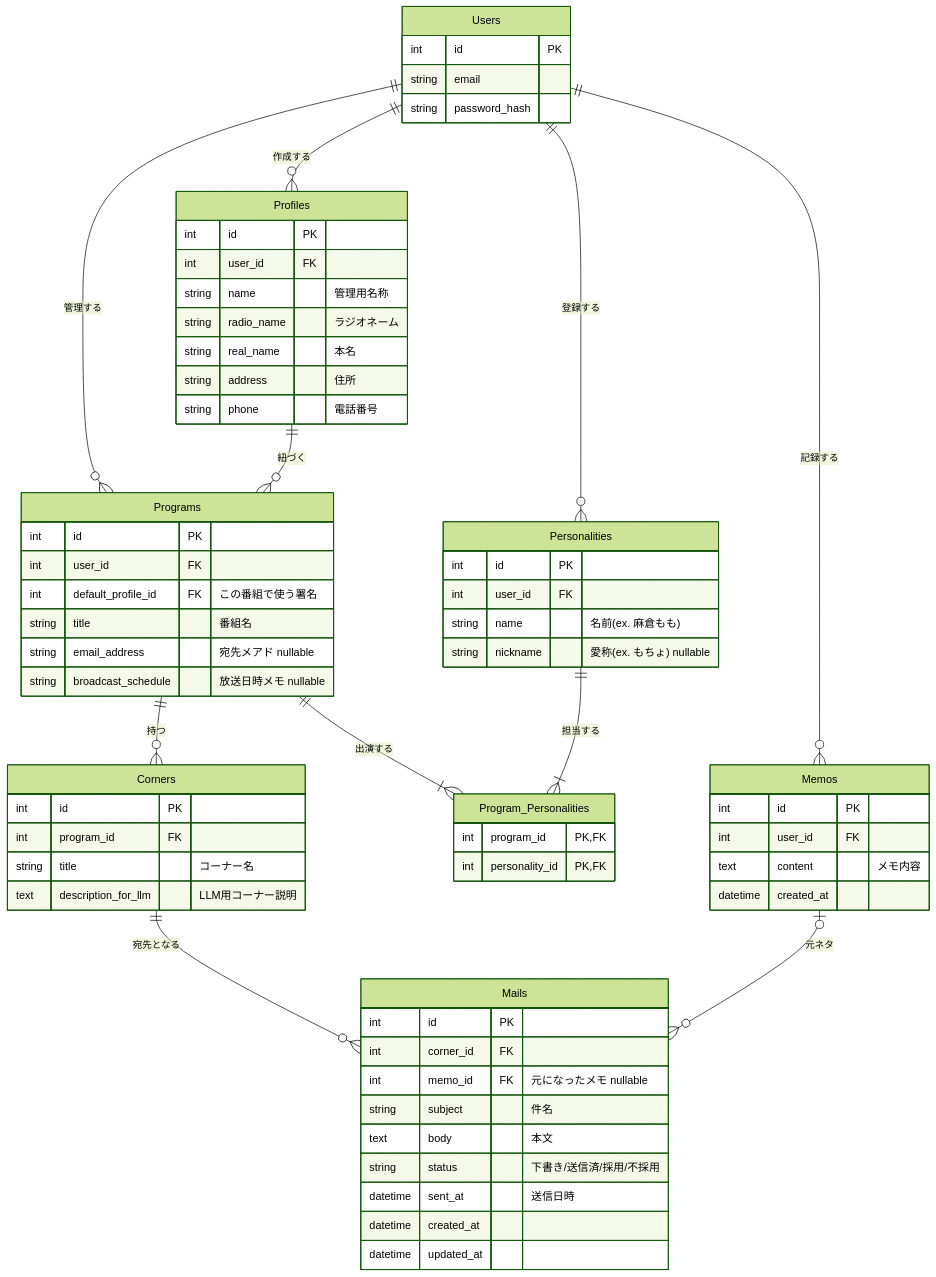
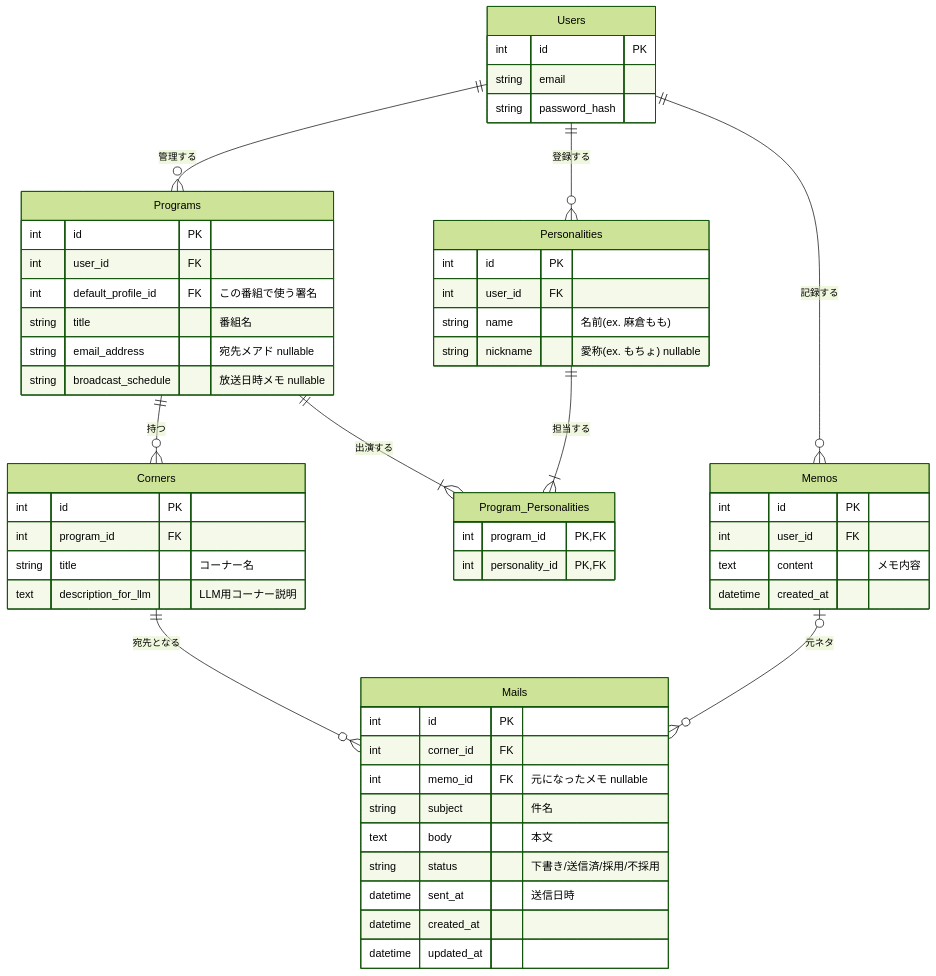
One commit to genki0524/radio-corner-selector changed the diagram in ER図.md. Above: the diagram before and after it, drawn with Mermaid (forest theme). The commit also changed 14 other files, not shown here.

````diff
--- a/ER図.md
+++ b/ER図.md
@@ -1,80 +1,67 @@
 ```mermaid
 erDiagram
-    Users ||--o{ Profiles : "作成する"
     Users ||--o{ Programs : "管理する"
     Users ||--o{ Personalities : "登録する"
     Users ||--o{ Memos : "記録する"
-    
-    Profiles ||--o{ Programs : "紐づく"
     
     %% 多対多の関係解消用テーブル
     Programs ||--|{ Program_Personalities : "出演する"
     Personalities ||--|{ Program_Personalities : "担当する"
     
     Programs ||--o{ Corners : "持つ"
     Corners ||--o{ Mails : "宛先となる"
     Memos |o--o{ Mails : "元ネタ"
 
     Users {
         int id PK
         string email
         string password_hash
-    }
-
-    Profiles {
-        int id PK
-        int user_id FK
-        string name "管理用名称"
-        string radio_name "ラジオネーム"
-        string real_name "本名"
-        string address "住所"
-        string phone "電話番号"
     }
 
     Program_Personalities {
         int program_id PK, FK
         int personality_id PK, FK
     }
 
     Personalities {
         int id PK
         int user_id FK
         string name "名前(ex. 麻倉もも)"
         string nickname "愛称(ex. もちょ) nullable"
     }
 
     Programs {
         int id PK
         int user_id FK
         int default_profile_id FK "この番組で使う署名"
         string title "番組名"
         string email_address "宛先メアド nullable"
         string broadcast_schedule "放送日時メモ nullable"
     }
 
     Corners {
         int id PK
         int program_id FK
         string title "コーナー名"
         text description_for_llm "LLM用コーナー説明"
     }
 
     Memos {
         int id PK
         int user_id FK
         text content "メモ内容"
         datetime created_at
     }
 
     Mails {
         int id PK
         int corner_id FK
         int memo_id FK "元になったメモ nullable"
         string subject "件名"
         text body "本文"
         string status "下書き/送信済/採用/不採用"
         datetime sent_at "送信日時"
         datetime created_at
         datetime updated_at
     }
 ```
````
